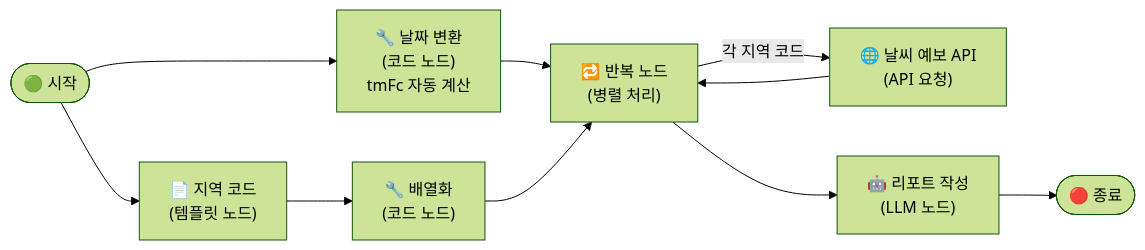
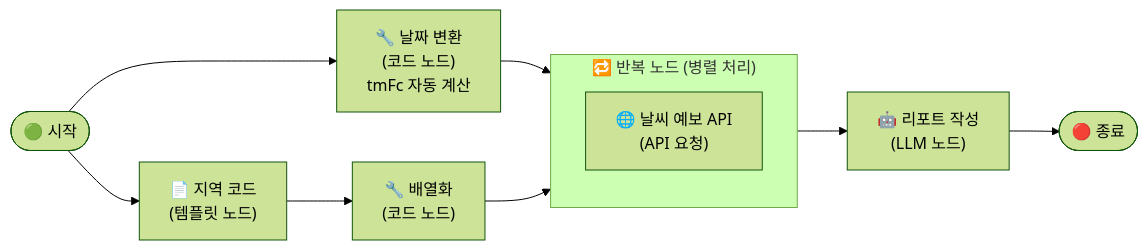
One commit to bongsu47/portfolio changed the diagram in study/miso/5./3.md. Above: the diagram before and after it, drawn with Mermaid (forest theme). The commit also changed other lines of this file and 6 other files, not shown here.

````diff
--- a/study/miso/5./3.md
+++ b/study/miso/5./3.md
@@ -7,12 +7,13 @@
 ```mermaid
 flowchart LR
     A([🟢 시작]) --> B["🔧 날짜 변환\n(코드 노드)\ntmFc 자동 계산"]
     A --> C["📄 지역 코드\n(템플릿 노드)"]
     C --> D["🔧 배열화\n(코드 노드)"]
-    B --> E["🔁 반복 노드\n(병렬 처리)"]
+    B --> E
     D --> E
-    E -->|"각 지역 코드"| F["🌐 날씨 예보 API\n(API 요청)"]
-    F --> E
+    subgraph E["🔁 반복 노드 (병렬 처리)"]
+        F["🌐 날씨 예보 API\n(API 요청)"]
+    end
     E --> G["🤖 리포트 작성\n(LLM 노드)"]
     G --> H([🔴 종료])
 ```
````
